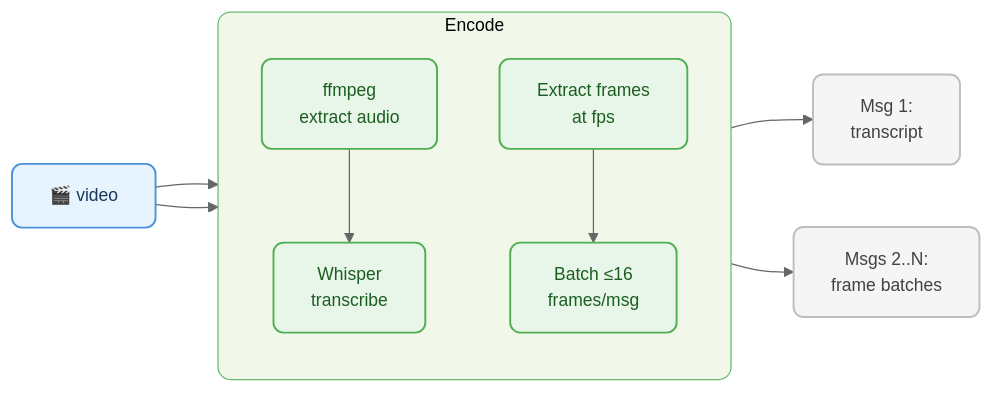
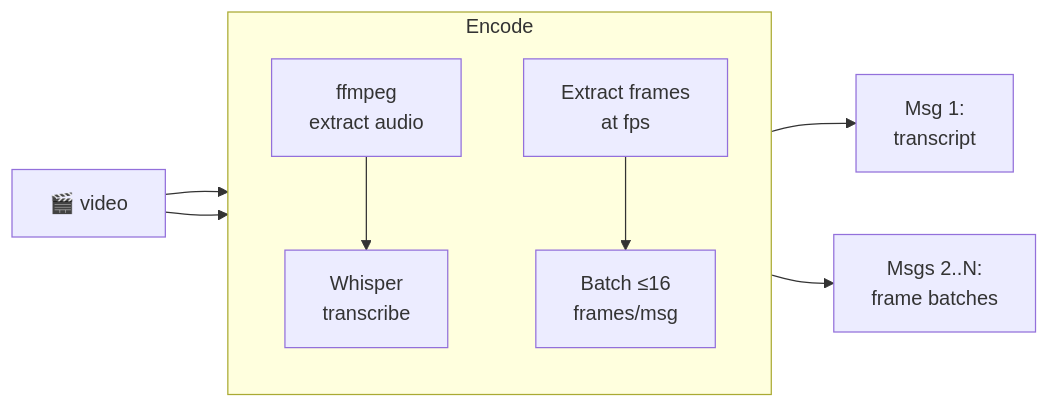
One commit to vlm-run/mm changed the fifth of 17 diagrams in docs/ENCODERS.md. Above: the diagram before and after it, drawn with Mermaid. The commit also changed other lines of this file and 3 other files, not shown here.

````diff
--- a/docs/ENCODERS.md
+++ b/docs/ENCODERS.md
@@ -144,25 +116,18 @@
 ```mermaid
-%%{init: {'theme': 'base', 'themeVariables': { 'fontSize': '14px', 'primaryColor': '#e8f4fd', 'primaryBorderColor': '#4a90d9', 'lineColor': '#666'}}}%%
 graph LR
-  video["🎬 video"]:::input
+  video["🎬 video"]
 
   subgraph encode ["Encode"]
     direction TB
-    audio["ffmpeg\nextract audio"]:::encode
-    whisper["Whisper\ntranscribe"]:::encode
-    frames["Extract frames\nat fps"]:::encode
-    batch["Batch ≤16\nframes/msg"]:::encode
+    audio["ffmpeg\nextract audio"]
+    whisper["Whisper\ntranscribe"]
+    frames["Extract frames\nat fps"]
+    batch["Batch ≤16\nframes/msg"]
   end
 
-  transcript["Msg 1:\ntranscript"]:::output
-  frame_msgs["Msgs 2..N:\nframe batches"]:::output
+  transcript["Msg 1:\ntranscript"]
+  frame_msgs["Msgs 2..N:\nframe batches"]
 
   video --> audio --> whisper --> transcript
   video --> frames --> batch --> frame_msgs
-
-  classDef input fill:#e8f4fd,stroke:#4a90d9,stroke-width:1.5px,color:#1a3a5c,rx:8
-  classDef encode fill:#e8f5e9,stroke:#4caf50,stroke-width:1.5px,color:#1b5e20,rx:8
-  classDef output fill:#f5f5f5,stroke:#bdbdbd,stroke-width:1.5px,color:#424242,rx:8
-
-  style encode fill:#f1f8e9,stroke:#66bb6a,stroke-width:1px,rx:10
 ```
````
